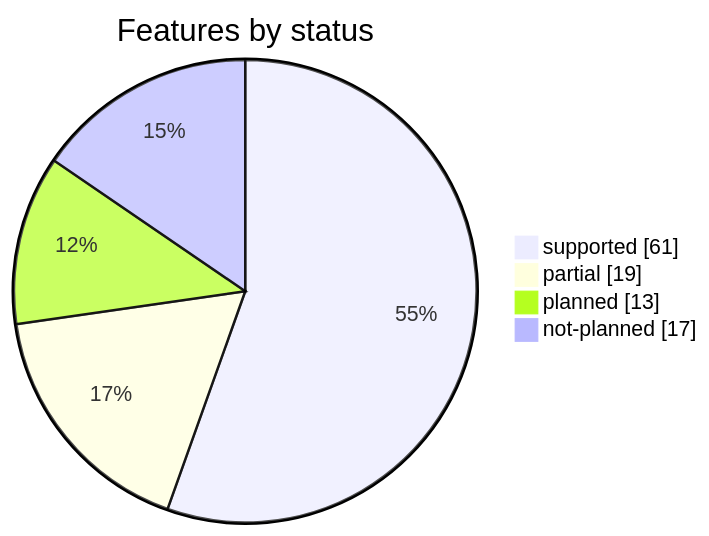
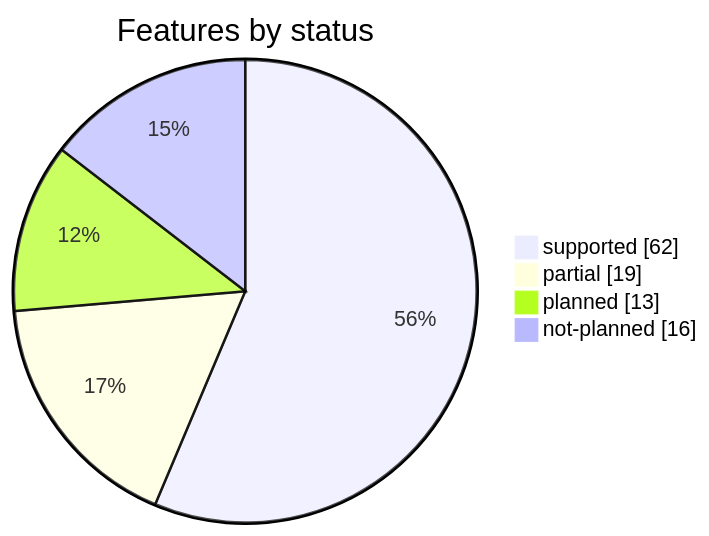
Before and after one commit to rafaelvieiras/tinyfin: the second of 2 diagrams in docs/COVERAGE.md, drawn with Mermaid. The commit also changed other lines of this file and 37 other files, not shown here.

````diff
--- a/docs/COVERAGE.md
+++ b/docs/COVERAGE.md
@@ -45,7 +45,7 @@
 ```mermaid
 pie showData title Features by status
-    "supported" : 61
+    "supported" : 62
     "partial" : 19
     "planned" : 13
-    "not-planned" : 17
+    "not-planned" : 16
 ```
````
